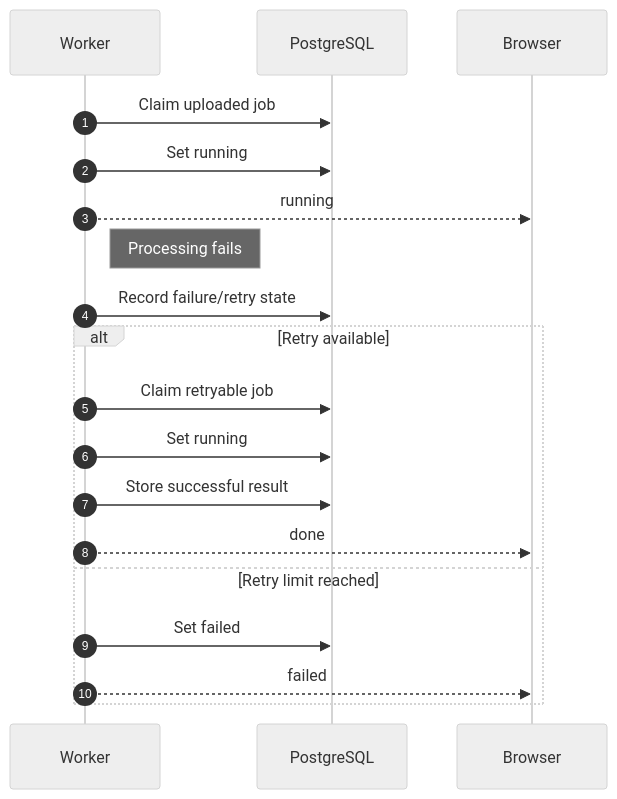
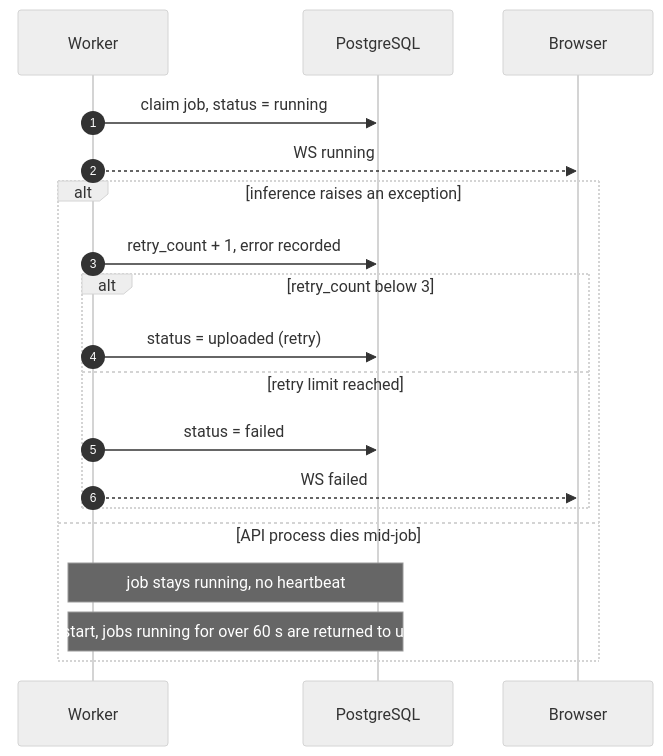
One commit to Atri-0342/intern-training changed the fourth of 5 diagrams in docs/architecture.md. Above: the diagram before and after it, drawn with Mermaid (neutral theme). The commit also changed other lines of this file and 6 other files, not shown here.

````diff
--- a/docs/architecture.md
+++ b/docs/architecture.md
@@ -792,26 +193,23 @@
 ```mermaid
 sequenceDiagram
     autonumber
-
     participant W as Worker
     participant DB as PostgreSQL
     participant B as Browser
 
-    W->>DB: Claim uploaded job
-    W->>DB: Set running
-    W-->>B: running
+    W->>DB: claim job, status = running
+    W-->>B: WS running
 
-    Note right of W: Processing fails
-
-    W->>DB: Record failure/retry state
-
-    alt Retry available
-        W->>DB: Claim retryable job
-        W->>DB: Set running
-        W->>DB: Store successful result
-        W-->>B: done
-    else Retry limit reached
-        W->>DB: Set failed
-        W-->>B: failed
+    alt inference raises an exception
+        W->>DB: retry_count + 1, error recorded
+        alt retry_count below 3
+            W->>DB: status = uploaded (retry)
+        else retry limit reached
+            W->>DB: status = failed
+            W-->>B: WS failed
+        end
+    else API process dies mid-job
+        Note over W,DB: job stays running, no heartbeat
+        Note over W,DB: after restart, jobs running for over 60 s are returned to uploaded
     end
 ```
````
